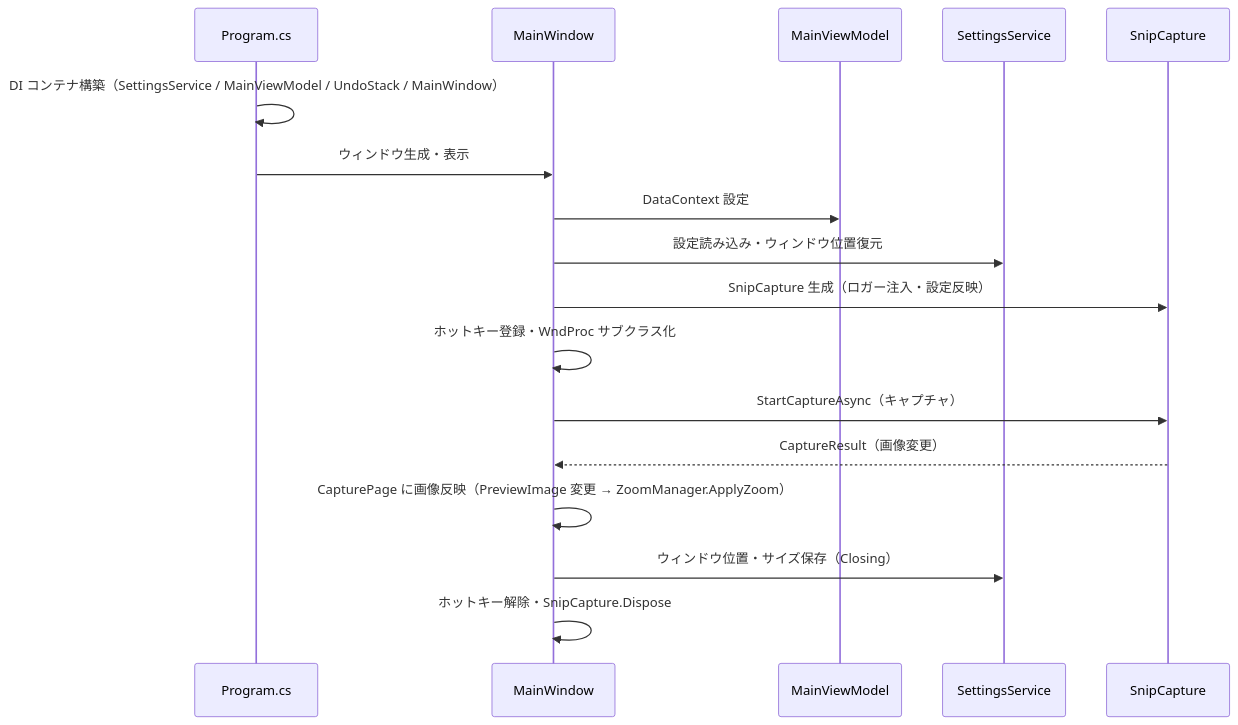
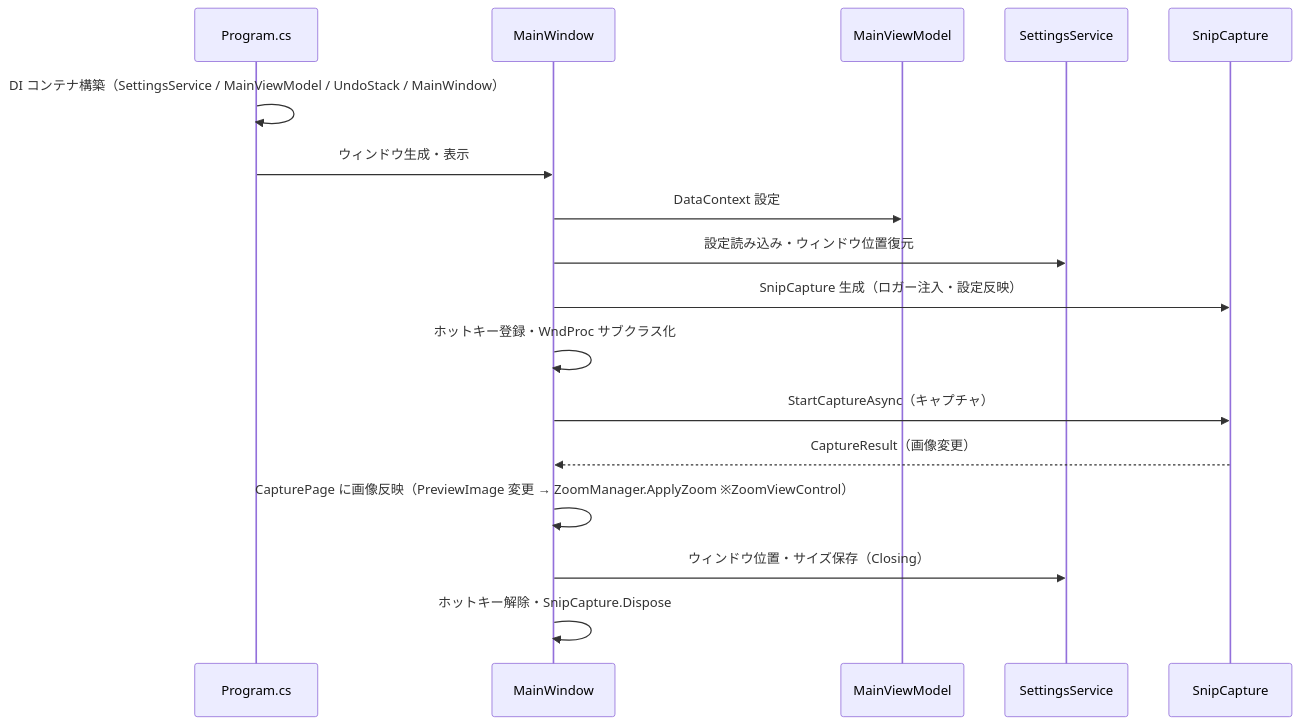
Before and after one commit to tomokuni/SaveEvidence: the second of 2 diagrams in src/app/SPEC_System.md, drawn with Mermaid. The commit also changed other lines of this file and 27 other files, not shown here.

First line of the commit message:
Add regression tests for ZoomTransition and ZoomableView

````diff
--- a/src/app/SPEC_System.md
+++ b/src/app/SPEC_System.md
@@ -266,22 +259,22 @@
 ```mermaid
 sequenceDiagram
     participant Prg as Program.cs
     participant MW as MainWindow
     participant VM as MainViewModel
     participant SS as SettingsService
     participant SN as SnipCapture
 
     Prg->>Prg: DI コンテナ構築（SettingsService / MainViewModel / UndoStack / MainWindow）
     Prg->>MW: ウィンドウ生成・表示
     MW->>VM: DataContext 設定
     MW->>SS: 設定読み込み・ウィンドウ位置復元
     MW->>SN: SnipCapture 生成（ロガー注入・設定反映）
     MW->>MW: ホットキー登録・WndProc サブクラス化
 
     MW->>SN: StartCaptureAsync（キャプチャ）
     SN-->>MW: CaptureResult（画像変更）
-    MW->>MW: CapturePage に画像反映（PreviewImage 変更 → ZoomManager.ApplyZoom）
+    MW->>MW: CapturePage に画像反映（PreviewImage 変更 → ZoomManager.ApplyZoom ※ZoomViewControl）
 
     MW->>SS: ウィンドウ位置・サイズ保存（Closing）
     MW->>MW: ホットキー解除・SnipCapture.Dispose
 ```
````
